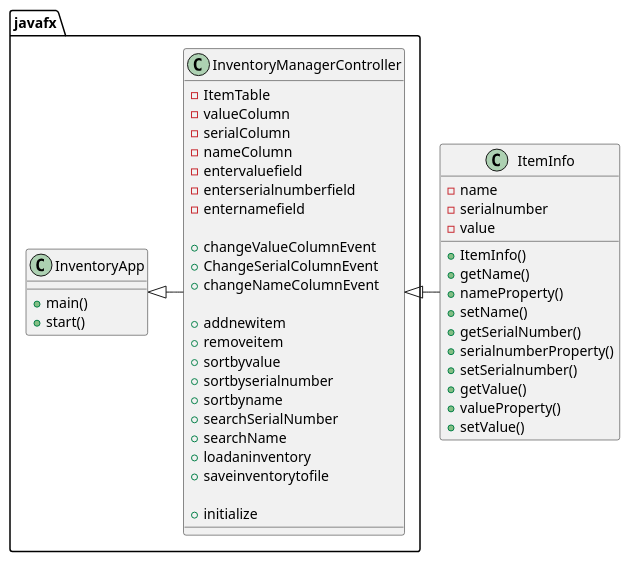
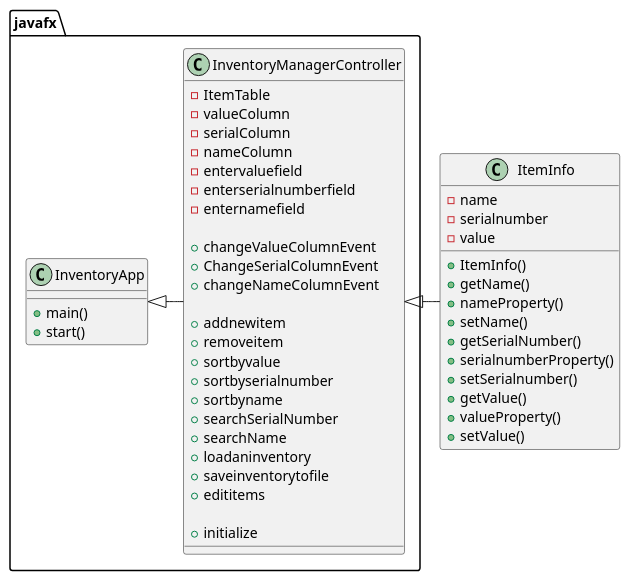
Before and after one commit to anthonyisadulting/Banaag-3436-a5: the diagram in uml/Applciation Pt 2.puml, drawn with PlantUML. The commit also changed 2 other files, not shown here.

```diff
--- a/uml/Applciation Pt 2.puml
+++ b/uml/Applciation Pt 2.puml
@@ -1,63 +1,64 @@
 @startuml
 'https://plantuml.com/class-diagram
 
 
 
 
 javafx.InventoryApp <|- javafx.InventoryManagerController
 javafx.InventoryManagerController <|- ItemInfo
 
 
 
 
 
 class javafx.InventoryApp{
 +main()
 +start()
 }
 
 class javafx.InventoryManagerController{
 -ItemTable
 -valueColumn
 -serialColumn
 -nameColumn
 -entervaluefield
 -enterserialnumberfield
 -enternamefield
 
 +changeValueColumnEvent
 +ChangeSerialColumnEvent
 +changeNameColumnEvent
 
 +addnewitem
 +removeitem
 +sortbyvalue
 +sortbyserialnumber
 +sortbyname
 +searchSerialNumber
 +searchName
 +loadaninventory
 +saveinventorytofile
++edititems
 
 +initialize
 
 }
 
 class ItemInfo{
 -name
 -serialnumber
 -value
 
 +ItemInfo()
 +getName()
 +nameProperty()
 +setName()
 +getSerialNumber()
 +serialnumberProperty()
 +setSerialnumber()
 +getValue()
 +valueProperty()
 +setValue()
 }
 
 @enduml
```
